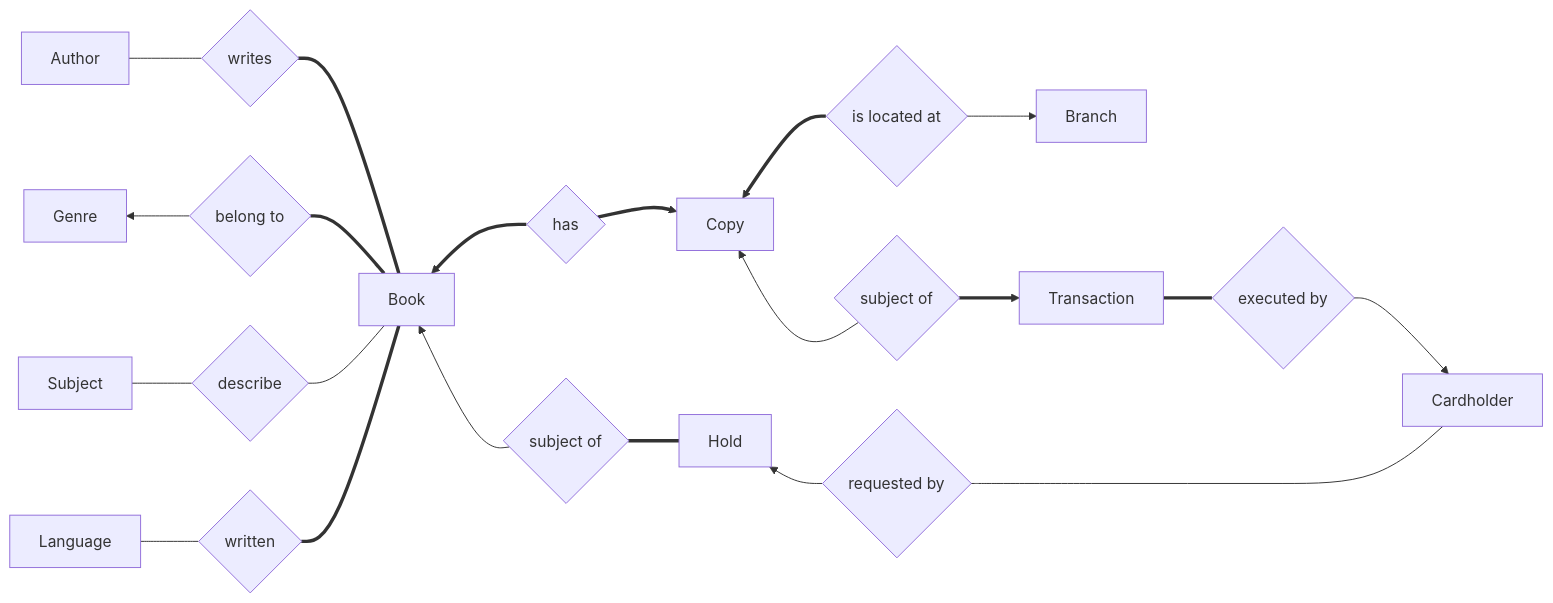
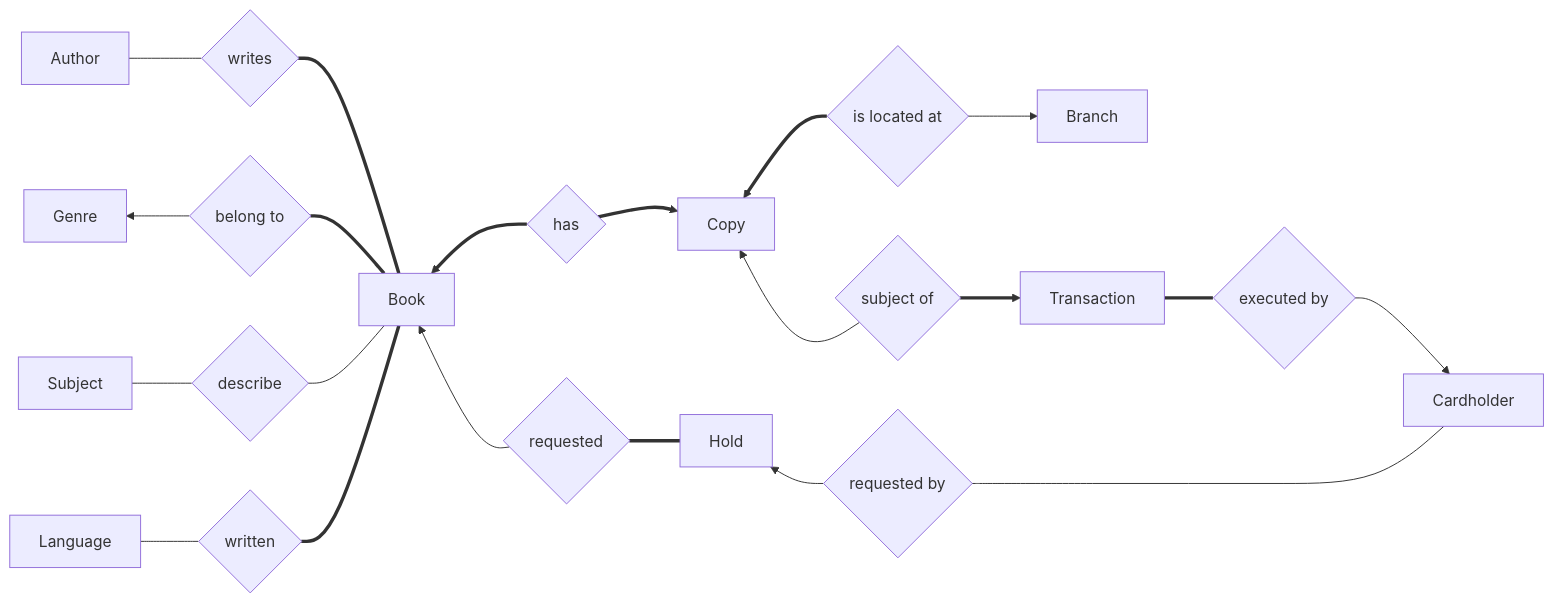
The diagram in deliverable_1.md (kelzzzz/CS425-ChiPub), drawn with Mermaid before and after one commit.

````diff
--- a/deliverable_1.md
+++ b/deliverable_1.md
@@ -28,51 +28,53 @@
 ```mermaid
 graph LR
     %% an Author can write one or more Books
     %% every book is written by at least one Author
     A[Author] --- AB{writes}
     AB === B[Book]
     
     %% one Genre can contain one or more Books
     %% every Book belongs to one Genre
     G[Genre] ~~~ GB{belong to} --> G
     GB ~~~ G 
     GB === B
 
     %% a Subject can describe one or more Books
     %% a Book can be described by one or more Subjects
     S[Subject] --- SB{describe}
     SB --- B
 
     %% one or more Languages can be used to write a Book
     %% a Book must be written in at least one Language
     L[Language] --- LB{written}
     LB === B
 
-    %% every Book has at least one Copy
-    %% every Copy has only one Book
+    %% a book Book may have one or more Copy
+    %% every Copy has exactly one Book
     B ~~~ BC{has} ==> B
     BC ~~~ B
     C[Copy] ~~~ BC ==> C
     BC ~~~ C
 
-    B ~~~ BH{subject of} --> B
+    %% a Book may be requested for one or more Hold
+    %% every Hold must be requested for exactly one Book
+    B ~~~ BH{requested} --> B
     BH ~~~ B
-
+    BH === H[Hold]
+    
     C ~~~ CBr{is located at} ==> C
     CBr ~~~ C
 
     C ~~~ CT{subject of} --> C
     CT ~~~ C
 
-    BH === H[Hold]
     H ~~~ HCh{requested by} --> H
     HCh ~~~ H
 
     CBr --> Br[Branch]
 
     CT ==> T[Transaction]
     T === TCh{executed by}
 
     TCh --> Ch[Cardholder]
     HCh --- Ch
 ```
````
